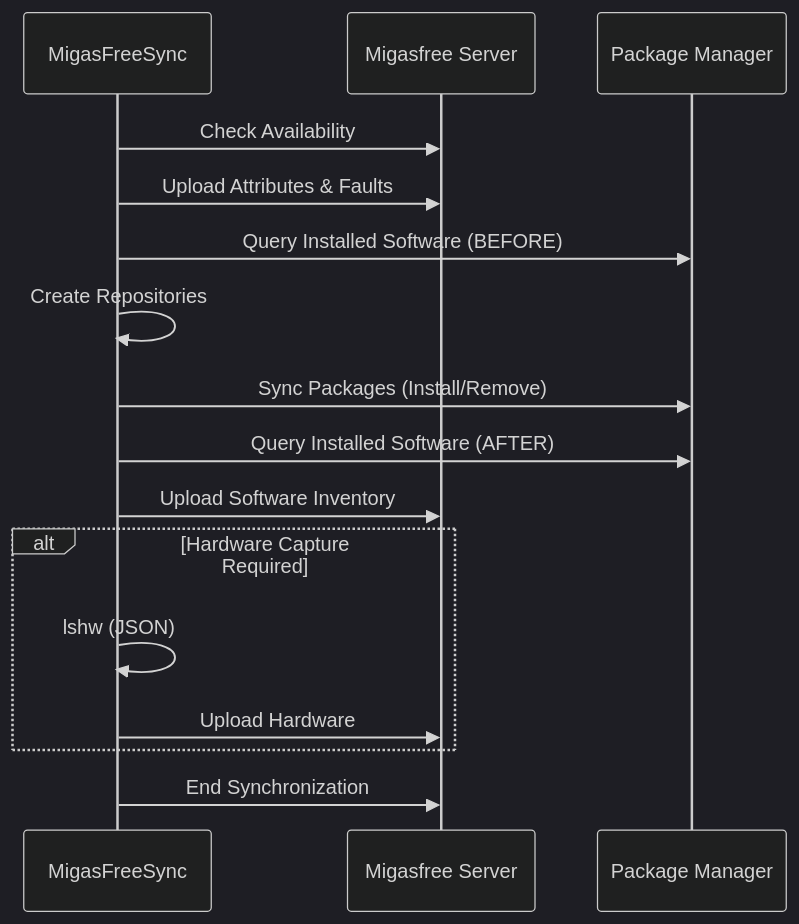
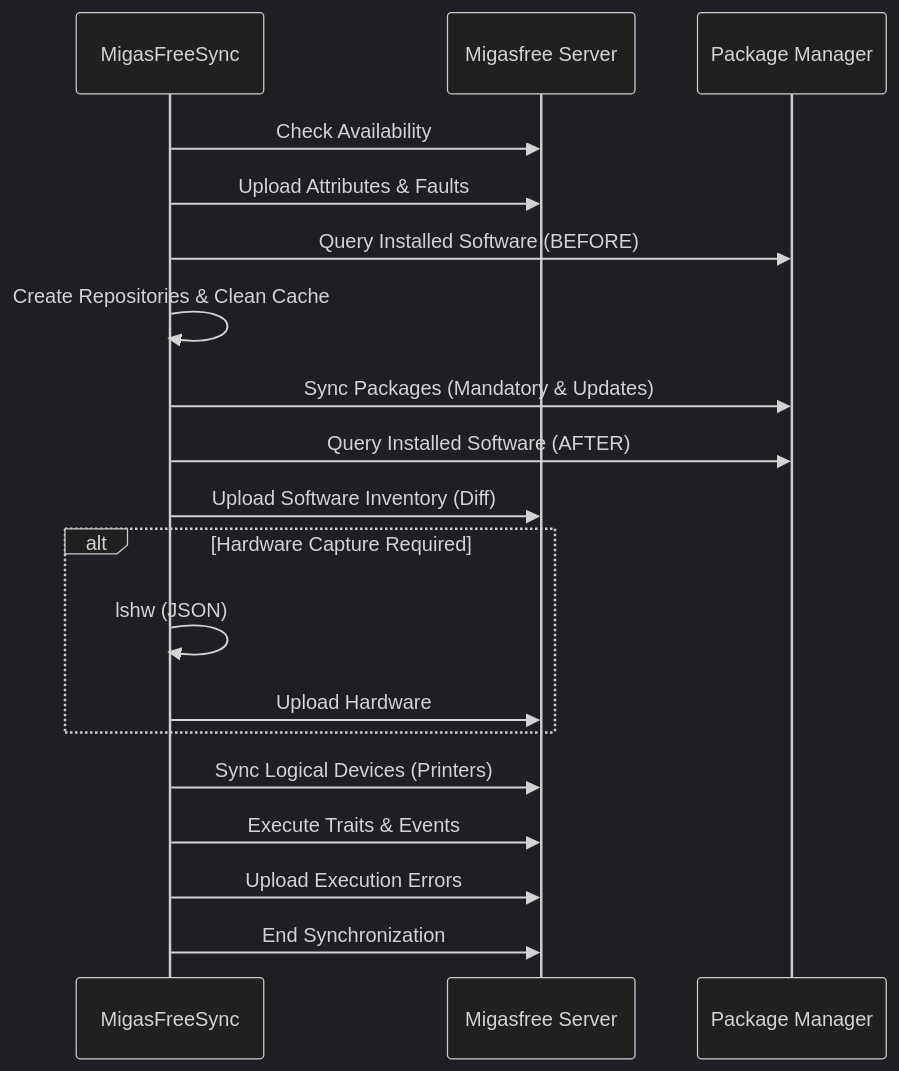
The fourth of 5 diagrams in docs/explanation/architecture.md (migasfree/migasfree-client), drawn with Mermaid (dark theme) before and after one commit. The commit also changed other lines of this file, not shown here.

First line of the commit message:
docs(architecture): correct synchronization flow diagram to match real sequential logic

````diff
--- a/docs/explanation/architecture.md
+++ b/docs/explanation/architecture.md
@@ -92,19 +112,22 @@
 ```mermaid
 sequenceDiagram
     participant Client as MigasFreeSync
     participant Server as Migasfree Server
     participant PMS as Package Manager
 
     Client->>Server: Check Availability
     Client->>Server: Upload Attributes & Faults
     Client->>PMS: Query Installed Software (BEFORE)
-    Client->>Client: Create Repositories
-    Client->>PMS: Sync Packages (Install/Remove)
+    Client->>Client: Create Repositories & Clean Cache
+    Client->>PMS: Sync Packages (Mandatory & Updates)
     Client->>PMS: Query Installed Software (AFTER)
-    Client->>Server: Upload Software Inventory
+    Client->>Server: Upload Software Inventory (Diff)
     alt Hardware Capture Required
         Client->>Client: lshw (JSON)
         Client->>Server: Upload Hardware
     end
+    Client->>Server: Sync Logical Devices (Printers)
+    Client->>Server: Execute Traits & Events
+    Client->>Server: Upload Execution Errors
     Client->>Server: End Synchronization
 ```
````
